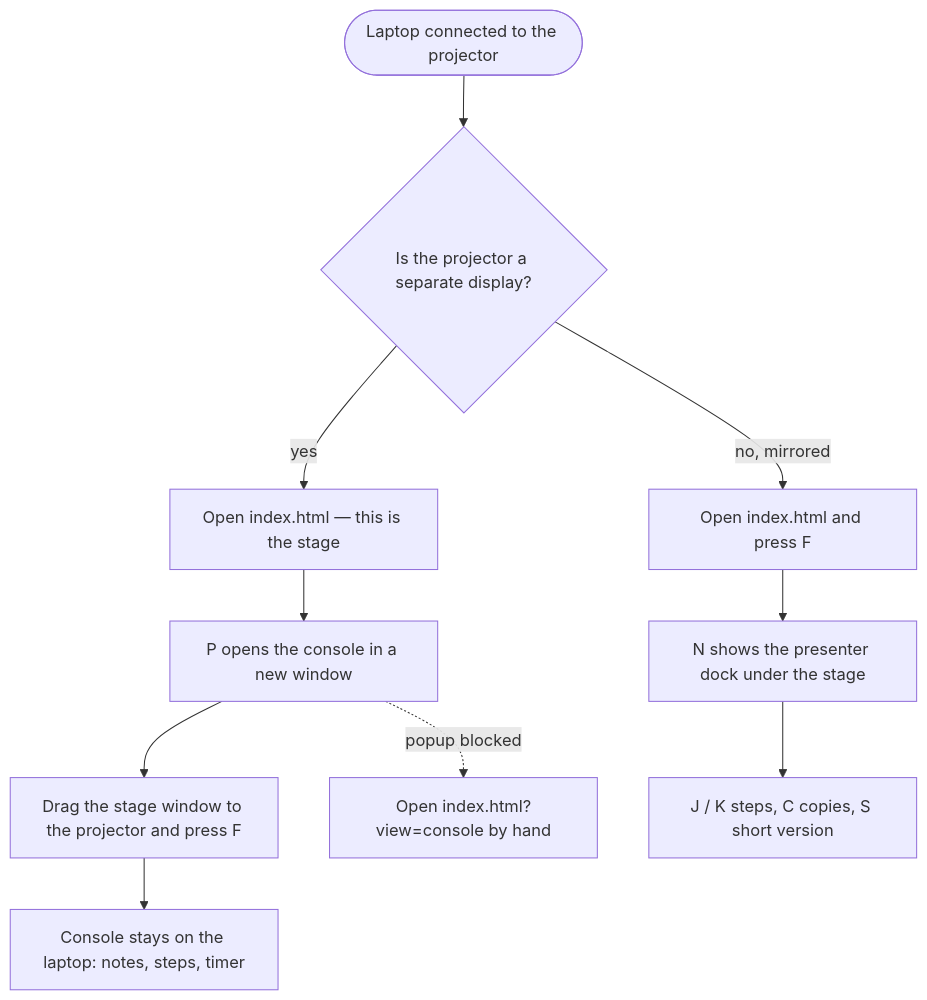
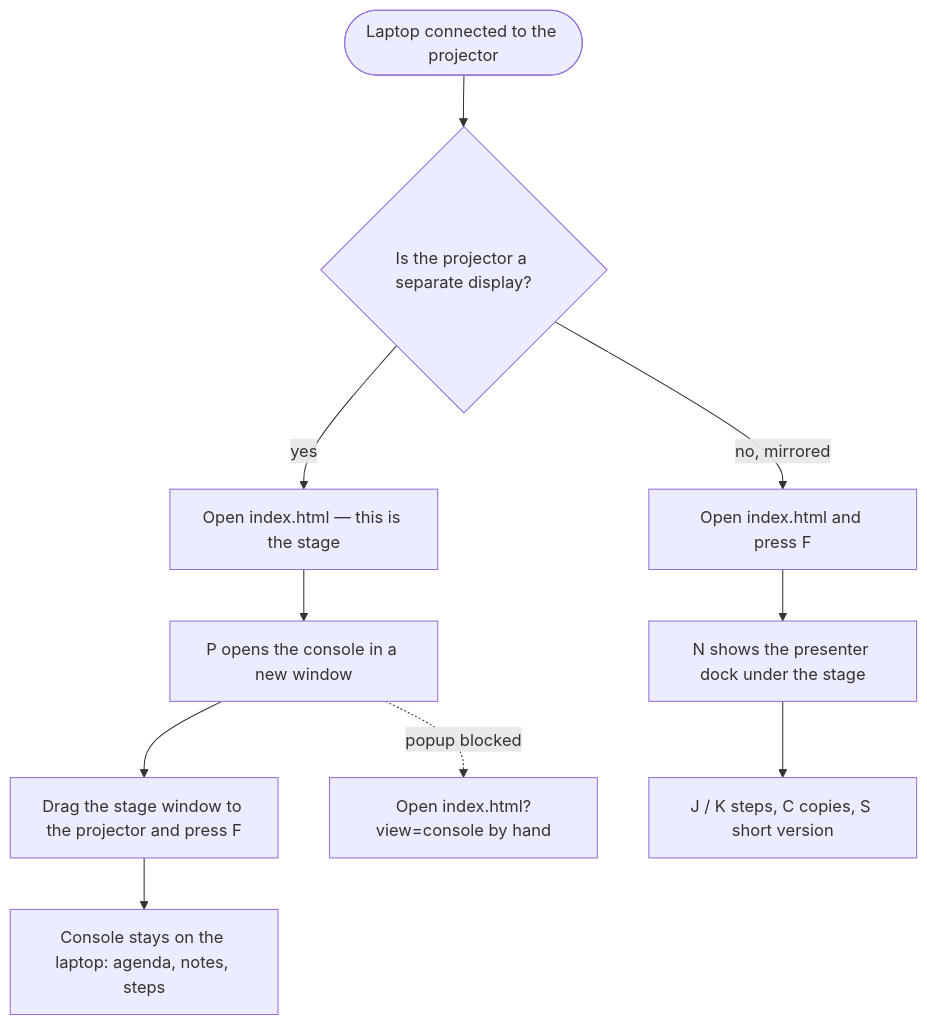
Before and after one commit to Fedoseew/jmix-demo-runbook: the diagram in docs/guide/en/usage.md, drawn with Mermaid. The commit also changed other lines of this file and 24 other files, not shown here.

````diff
--- a/docs/guide/en/usage.md
+++ b/docs/guide/en/usage.md
@@ -26,12 +26,12 @@
 ```mermaid
 flowchart TD
   start([Laptop connected to the projector]) --> q{Is the projector a separate display?}
   q -- yes --> s1[Open index.html — this is the stage]
   s1 --> s2[P opens the console in a new window]
   s2 --> s3[Drag the stage window to the projector and press F]
-  s3 --> s4[Console stays on the laptop: notes, steps, timer]
+  s3 --> s4[Console stays on the laptop: agenda, notes, steps]
   q -- no, mirrored --> m1[Open index.html and press F]
   m1 --> m2[N shows the presenter dock under the stage]
   m2 --> m3[J / K steps, C copies, S short version]
   s2 -. popup blocked .-> s5[Open index.html?view=console by hand]
 ```
````
